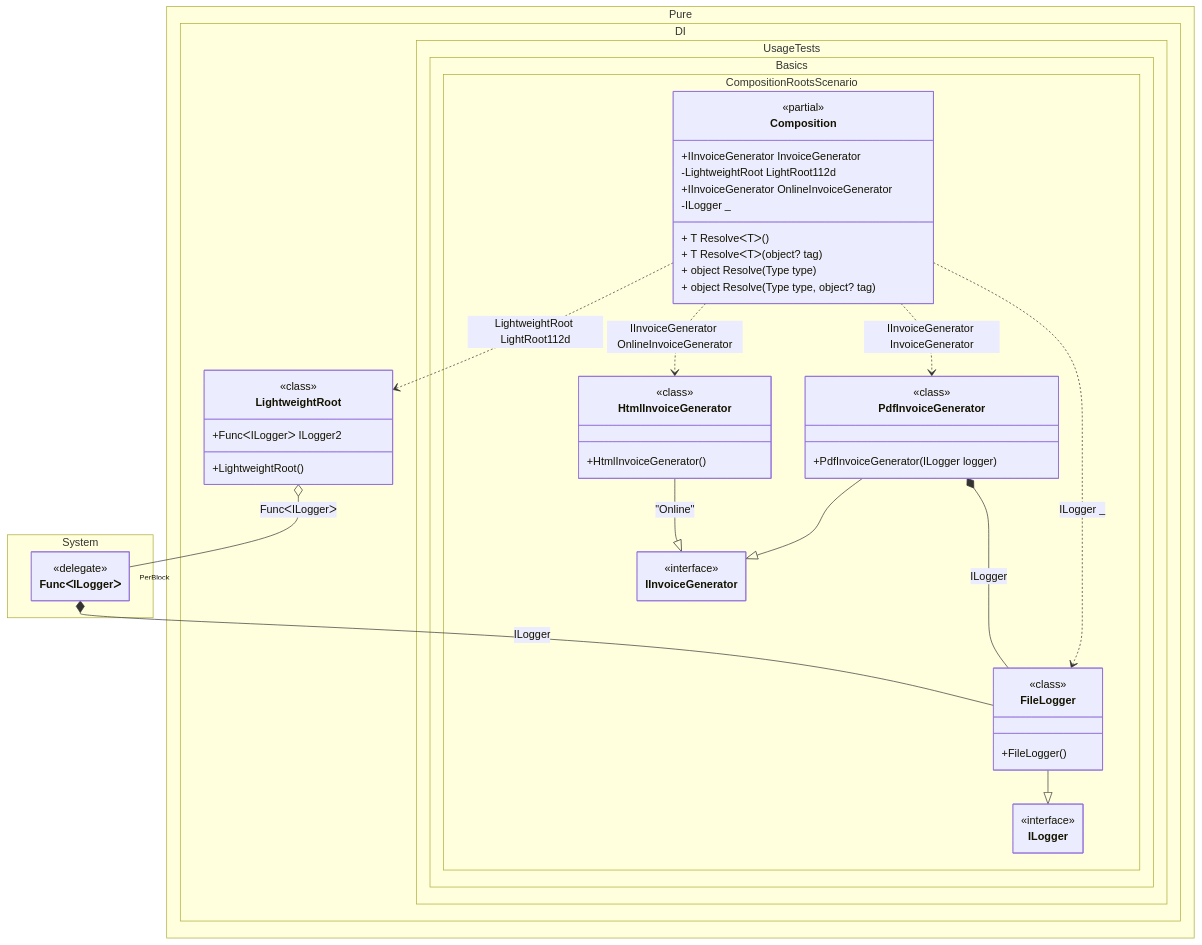
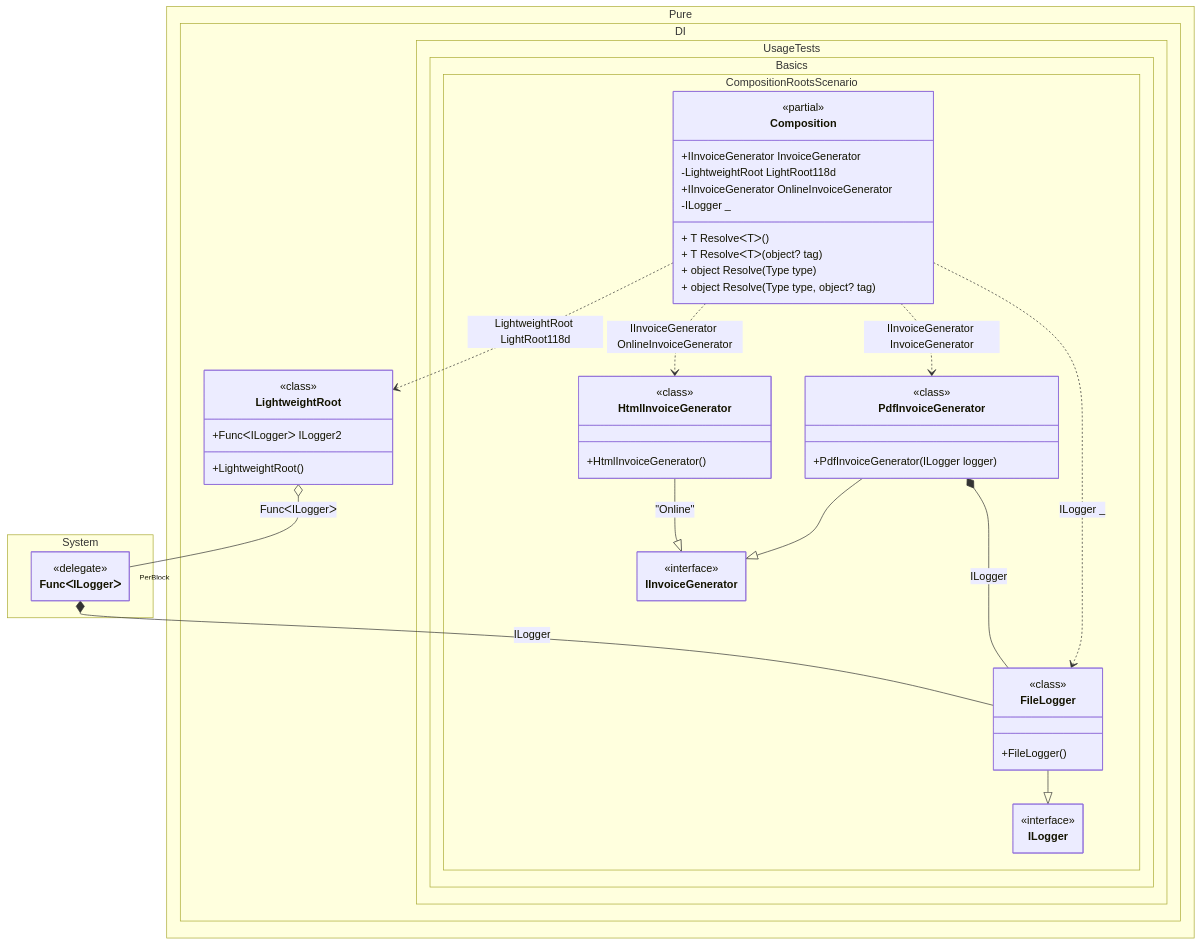
One commit to DevTeam/Pure.DI changed the diagram in readme/composition-roots.md. Above: the diagram before and after it, drawn with Mermaid. The commit also changed 21 other files, not shown here.

````diff
--- a/readme/composition-roots.md
+++ b/readme/composition-roots.md
@@ -324,63 +324,63 @@
 ```mermaid
 ---
  config:
   maxTextSize: 2147483647
   maxEdges: 2147483647
   class:
    hideEmptyMembersBox: true
 ---
 classDiagram
 	PdfInvoiceGenerator --|> IInvoiceGenerator
 	HtmlInvoiceGenerator --|> IInvoiceGenerator : "Online" 
 	FileLogger --|> ILogger
-	Composition ..> LightweightRoot : LightweightRoot LightRoot112d
+	Composition ..> LightweightRoot : LightweightRoot LightRoot118d
 	Composition ..> HtmlInvoiceGenerator : IInvoiceGenerator OnlineInvoiceGenerator
 	Composition ..> FileLogger : ILogger _
 	Composition ..> PdfInvoiceGenerator : IInvoiceGenerator InvoiceGenerator
 	PdfInvoiceGenerator *--  FileLogger : ILogger
 	LightweightRoot o-- "PerBlock" FuncᐸILoggerᐳ : FuncᐸILoggerᐳ
 	FuncᐸILoggerᐳ *--  FileLogger : ILogger
 	namespace Pure.DI {
 		class LightweightRoot {
 				<<class>>
 			+LightweightRoot()
 			+FuncᐸILoggerᐳ ILogger2
 		}
 	}
 	namespace Pure.DI.UsageTests.Basics.CompositionRootsScenario {
 		class Composition {
 		<<partial>>
 		+IInvoiceGenerator InvoiceGenerator
-		-LightweightRoot LightRoot112d
+		-LightweightRoot LightRoot118d
 		+IInvoiceGenerator OnlineInvoiceGenerator
 		-ILogger _
 		+ T ResolveᐸTᐳ()
 		+ T ResolveᐸTᐳ(object? tag)
 		+ object Resolve(Type type)
 		+ object Resolve(Type type, object? tag)
 		}
 		class FileLogger {
 				<<class>>
 			+FileLogger()
 		}
 		class HtmlInvoiceGenerator {
 				<<class>>
 			+HtmlInvoiceGenerator()
 		}
 		class IInvoiceGenerator {
 			<<interface>>
 		}
 		class ILogger {
 			<<interface>>
 		}
 		class PdfInvoiceGenerator {
 				<<class>>
 			+PdfInvoiceGenerator(ILogger logger)
 		}
 	}
 	namespace System {
 		class FuncᐸILoggerᐳ {
 				<<delegate>>
 		}
 	}
 ```
````
